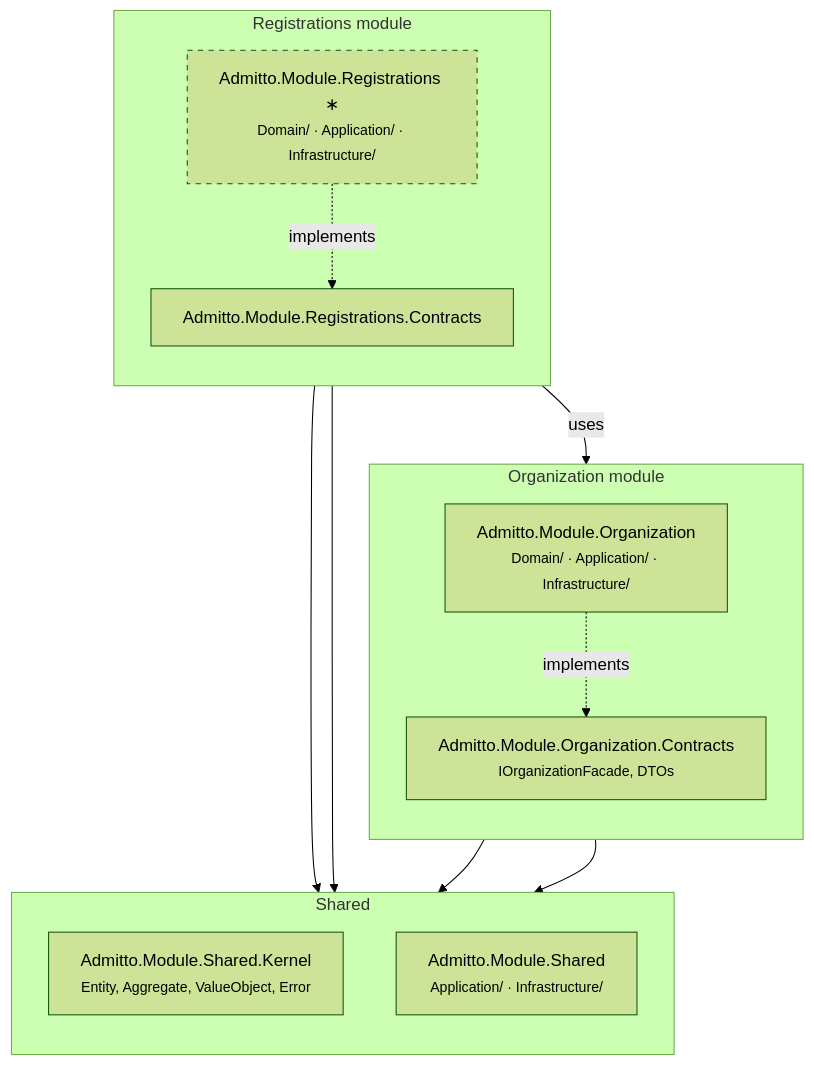
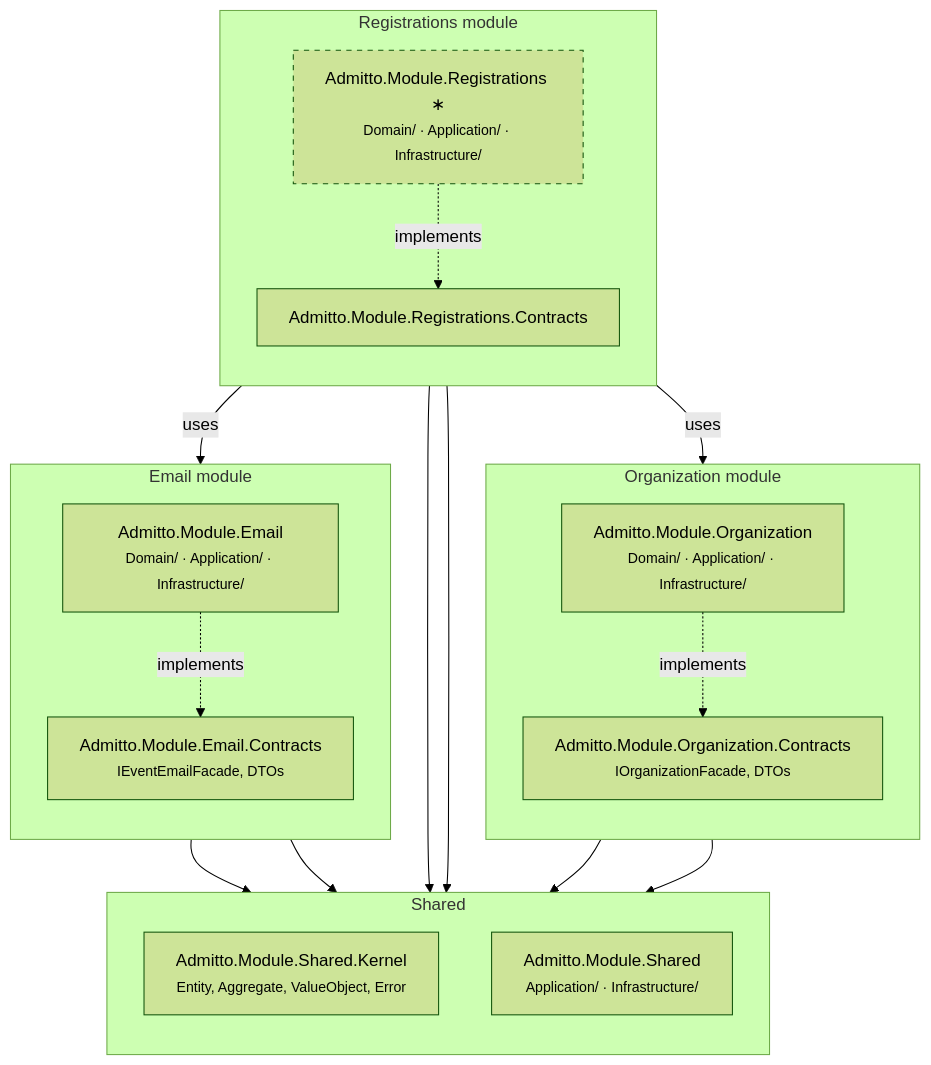
The second of 2 diagrams in docs/arc42/05-building-block-view.md (amolenk/Admitto), drawn with Mermaid (forest theme) before and after one commit. The commit also changed other lines of this file and 139 other files, not shown here.

````diff
--- a/docs/arc42/05-building-block-view.md
+++ b/docs/arc42/05-building-block-view.md
@@ -56,30 +56,40 @@
 ```mermaid
 flowchart TB
   subgraph org["Organization module"]
     direction TB
     OrgContracts["Admitto.Module.Organization.Contracts<br/><small>IOrganizationFacade, DTOs</small>"]
     OrgMain["Admitto.Module.Organization<br/><small>Domain/ · Application/ · Infrastructure/</small>"]
     OrgMain -.->|implements| OrgContracts
   end
 
   subgraph reg["Registrations module"]
     direction TB
     RegContracts["Admitto.Module.Registrations.Contracts"]
     RegMain["Admitto.Module.Registrations ∗<br/><small>Domain/ · Application/ · Infrastructure/</small>"]
     RegMain -.->|implements| RegContracts
   end
 
+  subgraph email["Email module"]
+    direction TB
+    EmailContracts["Admitto.Module.Email.Contracts<br/><small>IEventEmailFacade, DTOs</small>"]
+    EmailMain["Admitto.Module.Email<br/><small>Domain/ · Application/ · Infrastructure/</small>"]
+    EmailMain -.->|implements| EmailContracts
+  end
+
   subgraph shared["Shared"]
     direction TB
     Kernel["Admitto.Module.Shared.Kernel<br/><small>Entity, Aggregate, ValueObject, Error</small>"]
     SharedMain["Admitto.Module.Shared<br/><small>Application/ · Infrastructure/</small>"]
   end
 
   RegMain -->|uses| OrgContracts
+  RegMain -->|uses| EmailContracts
   OrgMain --> Kernel
   RegMain --> Kernel
+  EmailMain --> Kernel
   OrgMain --> SharedMain
   RegMain --> SharedMain
+  EmailMain --> SharedMain
 
   style RegMain stroke-dasharray: 5 5
 ```
````
